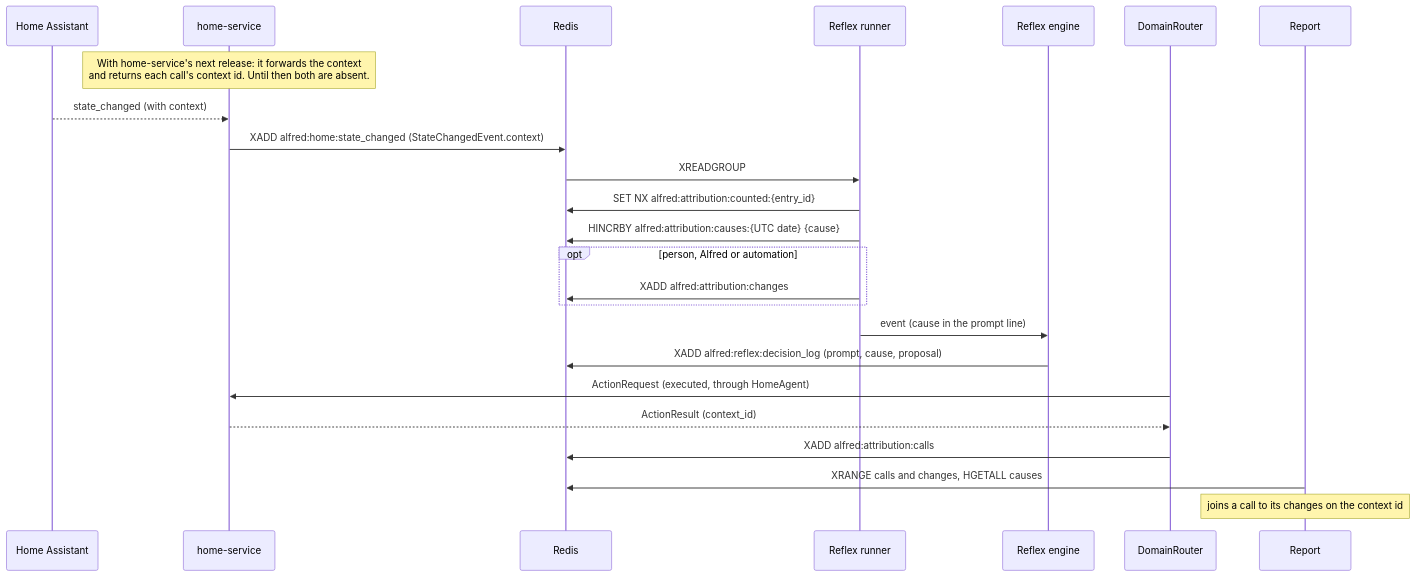
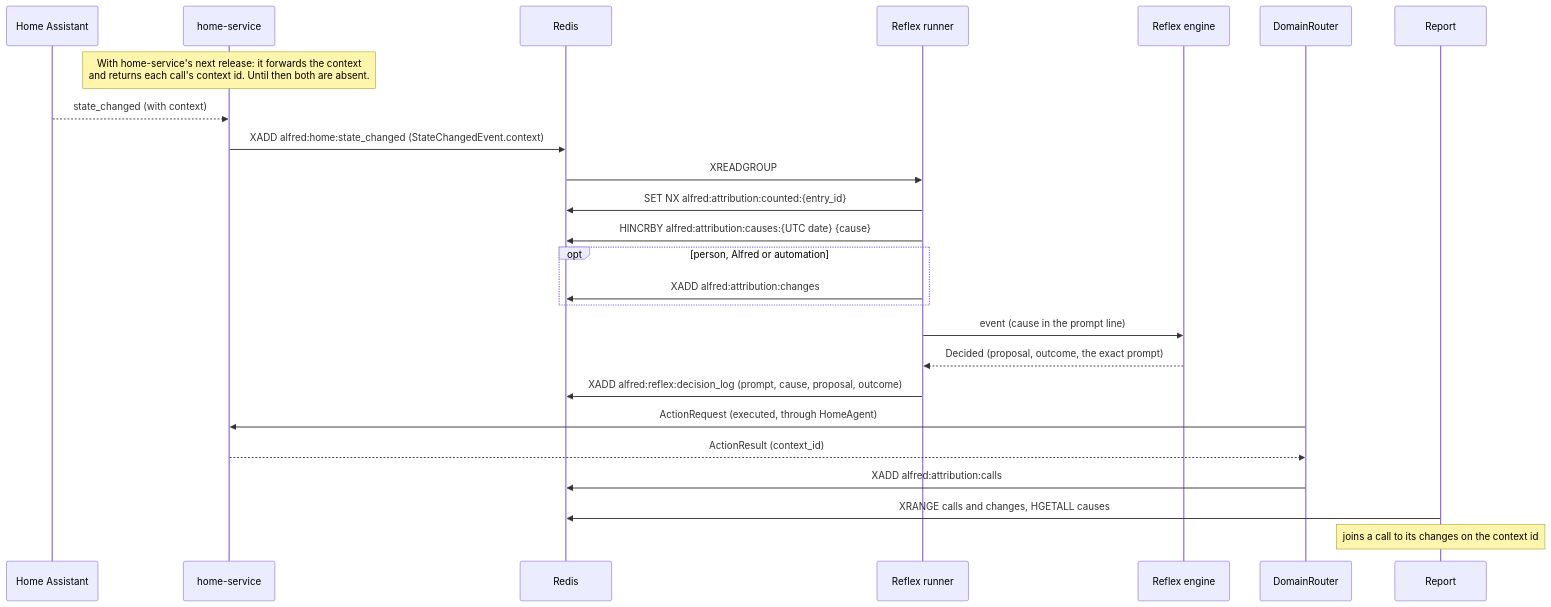
Before and after one commit to anirudhlath/alfred: the diagram in docs/attribution.md, drawn with Mermaid. The commit also changed other lines of this file and 62 other files, not shown here.

````diff
--- a/docs/attribution.md
+++ b/docs/attribution.md
@@ -40,27 +40,28 @@
 ```mermaid
 sequenceDiagram
     participant HA as Home Assistant
     participant HS as home-service
     participant R as Redis
     participant Rt as Reflex runner
     participant E as Reflex engine
     participant D as DomainRouter
     participant Rep as Report
 
     Note over HS: With home-service's next release: it forwards the context<br/>and returns each call's context id. Until then both are absent.
     HA-->>HS: state_changed (with context)
     HS->>R: XADD alfred:home:state_changed (StateChangedEvent.context)
     R->>Rt: XREADGROUP
     Rt->>R: SET NX alfred:attribution:counted:{entry_id}
     Rt->>R: HINCRBY alfred:attribution:causes:{UTC date} {cause}
     opt person, Alfred or automation
         Rt->>R: XADD alfred:attribution:changes
     end
     Rt->>E: event (cause in the prompt line)
-    E->>R: XADD alfred:reflex:decision_log (prompt, cause, proposal)
+    E-->>Rt: Decided (proposal, outcome, the exact prompt)
+    Rt->>R: XADD alfred:reflex:decision_log (prompt, cause, proposal, outcome)
     D->>HS: ActionRequest (executed, through HomeAgent)
     HS-->>D: ActionResult (context_id)
     D->>R: XADD alfred:attribution:calls
     Rep->>R: XRANGE calls and changes, HGETALL causes
     Note over Rep: joins a call to its changes on the context id
 ```
````
